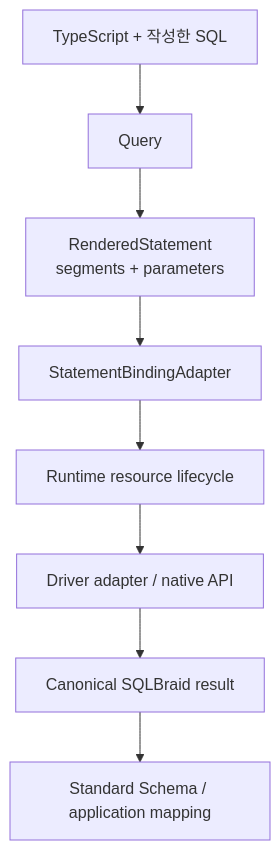
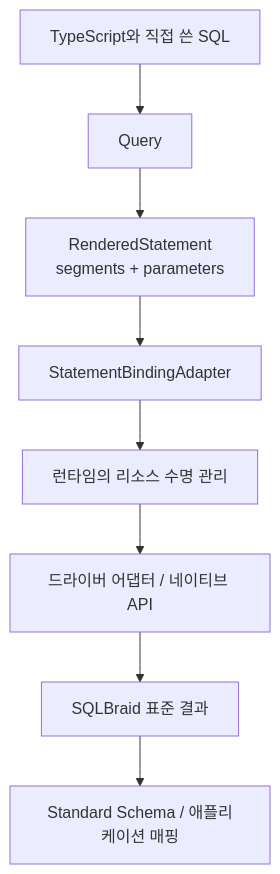
The first of 5 diagrams in docs/mental-model.ko.md (Clickin/SQLBraid), drawn with Mermaid before and after one commit. The commit also changed other lines of this file and 50 other files, not shown here.

````diff
--- a/docs/mental-model.ko.md
+++ b/docs/mental-model.ko.md
@@ -11,10 +11,10 @@
 ```mermaid
 flowchart TB
-  A[TypeScript + 작성한 SQL] --> Q[Query]
+  A[TypeScript와 직접 쓴 SQL] --> Q[Query]
   Q --> R[RenderedStatement<br/>segments + parameters]
   R --> B[StatementBindingAdapter]
-  B --> X[Runtime resource lifecycle]
-  X --> D[Driver adapter / native API]
-  D --> C[Canonical SQLBraid result]
-  C --> M[Standard Schema / application mapping]
+  B --> X[런타임의 리소스 수명 관리]
+  X --> D[드라이버 어댑터 / 네이티브 API]
+  D --> C[SQLBraid 표준 결과]
+  C --> M[Standard Schema / 애플리케이션 매핑]
 ```
````
